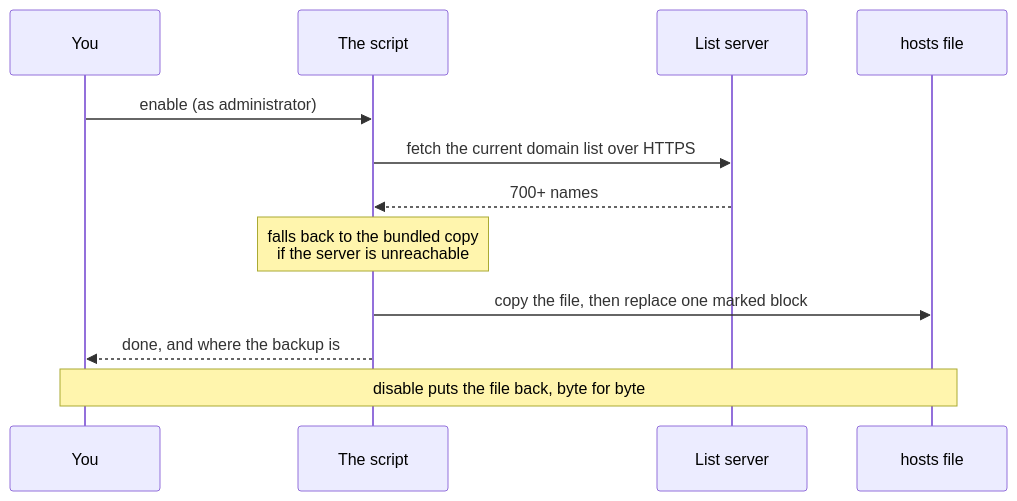
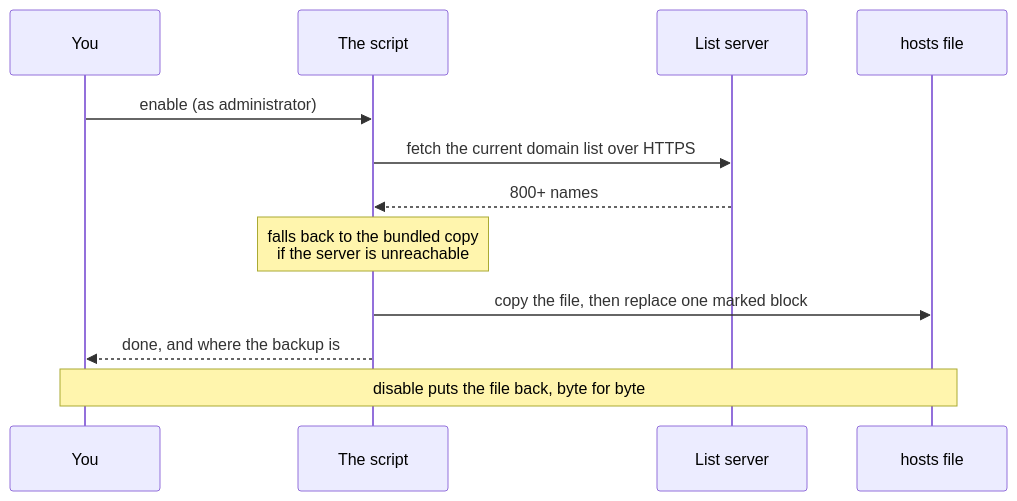
Before and after one commit to SteepMans/ai-sni-proxy: the fourth of 4 diagrams in README.en.md, drawn with Mermaid. The commit also changed other lines of this file and 3 other files, not shown here.

````diff
--- a/README.en.md
+++ b/README.en.md
@@ -133,15 +133,15 @@
 ```mermaid
 sequenceDiagram
     participant Y as You
     participant C as The script
     participant L as List server
     participant H as hosts file
 
     Y->>C: enable (as administrator)
     C->>L: fetch the current domain list over HTTPS
-    L-->>C: 700+ names
+    L-->>C: 800+ names
     Note over C: falls back to the bundled copy<br/>if the server is unreachable
     C->>H: copy the file, then replace one marked block
     C-->>Y: done, and where the backup is
     Note over Y,H: disable puts the file back, byte for byte
 ```
````
